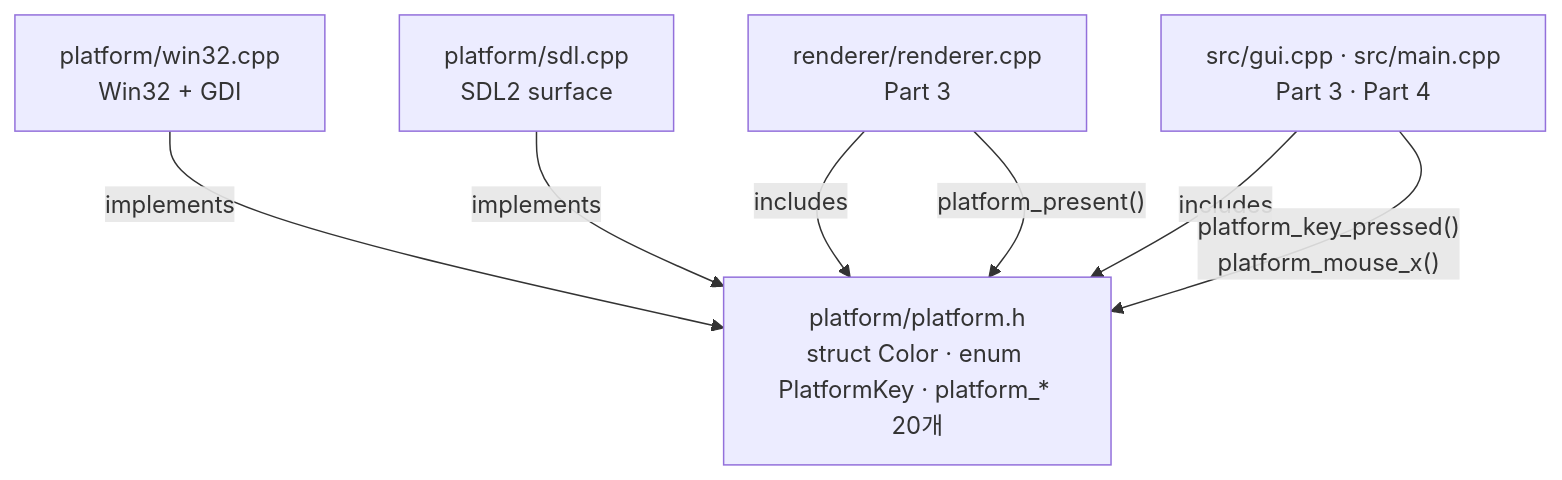
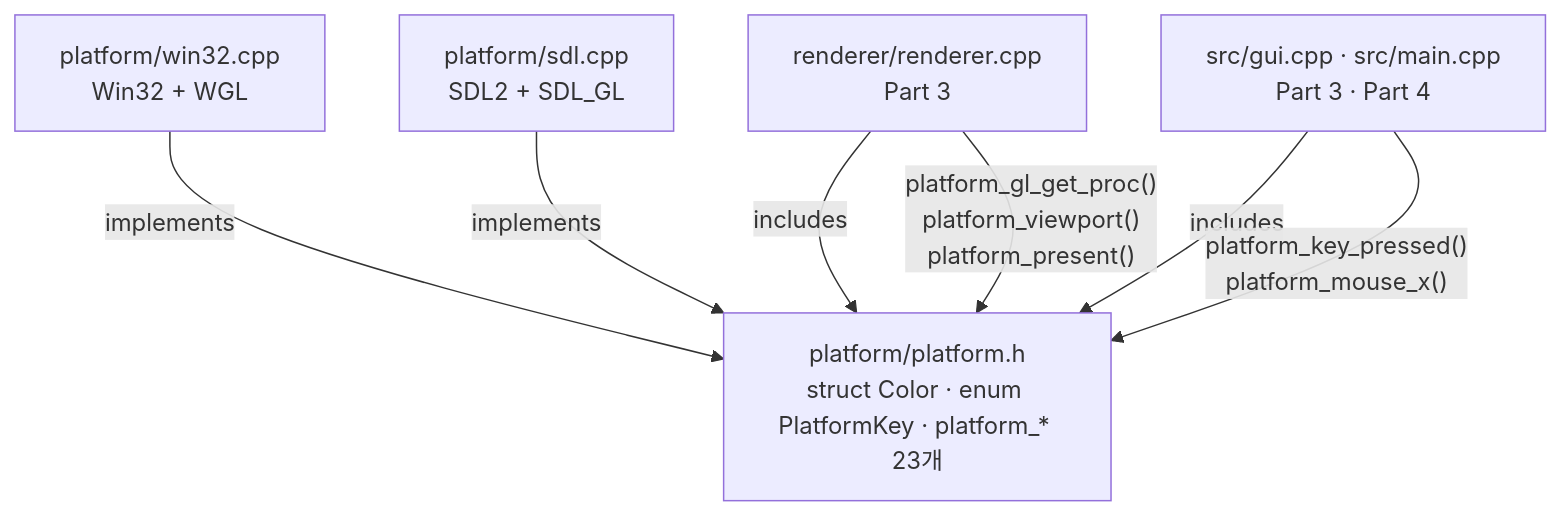
One commit to Rein-ArXiv/Tetris-Multiplayer-RL changed the second of 4 diagrams in docs/blog/part2-platform-window-input.md. Above: the diagram before and after it, drawn with Mermaid. The commit also changed other lines of this file and 13 other files, not shown here.

````diff
--- a/docs/blog/part2-platform-window-input.md
+++ b/docs/blog/part2-platform-window-input.md
@@ -47,15 +51,15 @@
 ```mermaid
 graph TB
-    H["platform/platform.h<br/>struct Color · enum PlatformKey · platform_* 20개"]
-    W["platform/win32.cpp<br/>Win32 + GDI"]
-    S["platform/sdl.cpp<br/>SDL2 surface"]
+    H["platform/platform.h<br/>struct Color · enum PlatformKey · platform_* 23개"]
+    W["platform/win32.cpp<br/>Win32 + WGL"]
+    S["platform/sdl.cpp<br/>SDL2 + SDL_GL"]
     R["renderer/renderer.cpp<br/>Part 3"]
     G["src/gui.cpp · src/main.cpp<br/>Part 3 · Part 4"]
 
     W -- implements --> H
     S -- implements --> H
     R -- includes --> H
     G -- includes --> H
-    R -- "platform_present()" --> H
+    R -- "platform_gl_get_proc()<br/>platform_viewport()<br/>platform_present()" --> H
     G -- "platform_key_pressed()<br/>platform_mouse_x()" --> H
 ```
````
